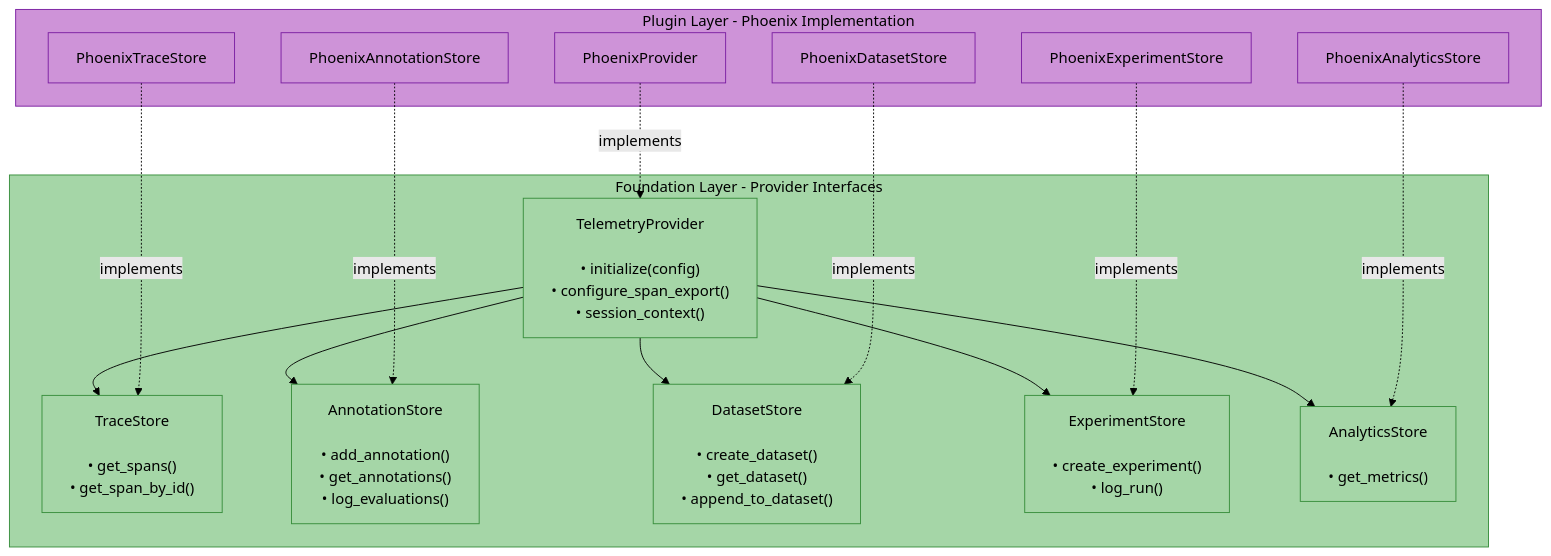
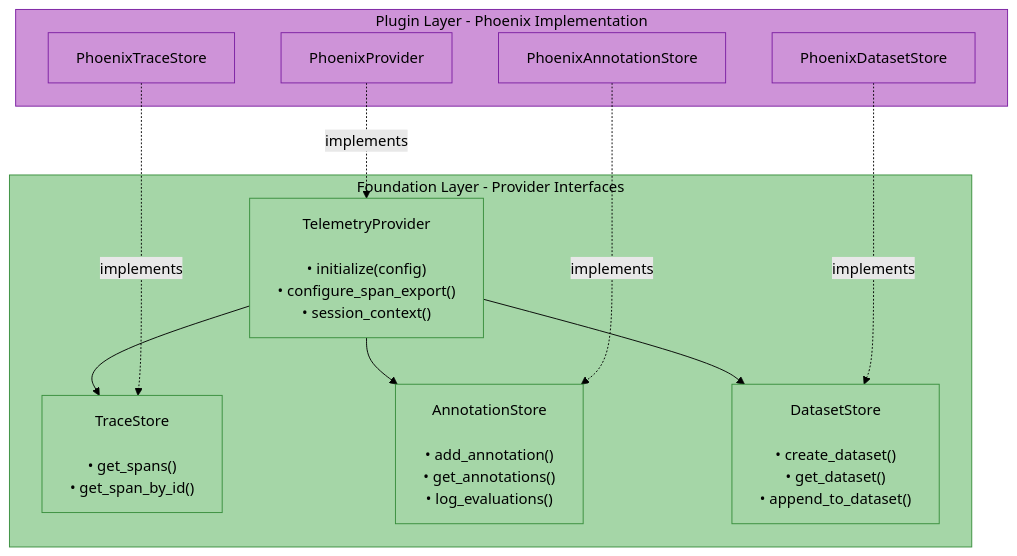
Before and after one commit to amit-jain/cogniverse: the fourth of 4 diagrams in docs/modules/telemetry.md, drawn with Mermaid (forest theme). The commit also changed other lines of this file and 15 other files, not shown here.

Commit message:
Remove ExperimentStore and AnalyticsStore from TelemetryProvider

````diff
--- a/docs/modules/telemetry.md
+++ b/docs/modules/telemetry.md
@@ -312,48 +312,36 @@
 ```mermaid
 flowchart TB
     subgraph Abstraction["<span style='color:#000'>Foundation Layer - Provider Interfaces</span>"]
         TelemetryProvider["<span style='color:#000'>TelemetryProvider<br/><br/>• initialize(config)<br/>• configure_span_export()<br/>• session_context()</span>"]
         TraceStore["<span style='color:#000'>TraceStore<br/><br/>• get_spans()<br/>• get_span_by_id()</span>"]
         AnnotationStore["<span style='color:#000'>AnnotationStore<br/><br/>• add_annotation()<br/>• get_annotations()<br/>• log_evaluations()</span>"]
         DatasetStore["<span style='color:#000'>DatasetStore<br/><br/>• create_dataset()<br/>• get_dataset()<br/>• append_to_dataset()</span>"]
-        ExperimentStore["<span style='color:#000'>ExperimentStore<br/><br/>• create_experiment()<br/>• log_run()</span>"]
-        AnalyticsStore["<span style='color:#000'>AnalyticsStore<br/><br/>• get_metrics()</span>"]
     end
 
     TelemetryProvider --> TraceStore
     TelemetryProvider --> AnnotationStore
     TelemetryProvider --> DatasetStore
-    TelemetryProvider --> ExperimentStore
-    TelemetryProvider --> AnalyticsStore
 
     subgraph Implementation["<span style='color:#000'>Plugin Layer - Phoenix Implementation</span>"]
         PhoenixProvider["<span style='color:#000'>PhoenixProvider</span>"]
         PhoenixTraceStore["<span style='color:#000'>PhoenixTraceStore</span>"]
         PhoenixAnnotationStore["<span style='color:#000'>PhoenixAnnotationStore</span>"]
         PhoenixDatasetStore["<span style='color:#000'>PhoenixDatasetStore</span>"]
-        PhoenixExperimentStore["<span style='color:#000'>PhoenixExperimentStore</span>"]
-        PhoenixAnalyticsStore["<span style='color:#000'>PhoenixAnalyticsStore</span>"]
     end
 
     PhoenixProvider -.->|implements| TelemetryProvider
     PhoenixTraceStore -.->|implements| TraceStore
     PhoenixAnnotationStore -.->|implements| AnnotationStore
     PhoenixDatasetStore -.->|implements| DatasetStore
-    PhoenixExperimentStore -.->|implements| ExperimentStore
-    PhoenixAnalyticsStore -.->|implements| AnalyticsStore
 
     style Abstraction fill:#a5d6a7,stroke:#388e3c,color:#000
     style Implementation fill:#ce93d8,stroke:#7b1fa2,color:#000
     style TelemetryProvider fill:#a5d6a7,stroke:#388e3c,color:#000
     style TraceStore fill:#a5d6a7,stroke:#388e3c,color:#000
     style AnnotationStore fill:#a5d6a7,stroke:#388e3c,color:#000
     style DatasetStore fill:#a5d6a7,stroke:#388e3c,color:#000
-    style ExperimentStore fill:#a5d6a7,stroke:#388e3c,color:#000
-    style AnalyticsStore fill:#a5d6a7,stroke:#388e3c,color:#000
     style PhoenixProvider fill:#ce93d8,stroke:#7b1fa2,color:#000
     style PhoenixTraceStore fill:#ce93d8,stroke:#7b1fa2,color:#000
     style PhoenixAnnotationStore fill:#ce93d8,stroke:#7b1fa2,color:#000
     style PhoenixDatasetStore fill:#ce93d8,stroke:#7b1fa2,color:#000
-    style PhoenixExperimentStore fill:#ce93d8,stroke:#7b1fa2,color:#000
-    style PhoenixAnalyticsStore fill:#ce93d8,stroke:#7b1fa2,color:#000
 ```
````
